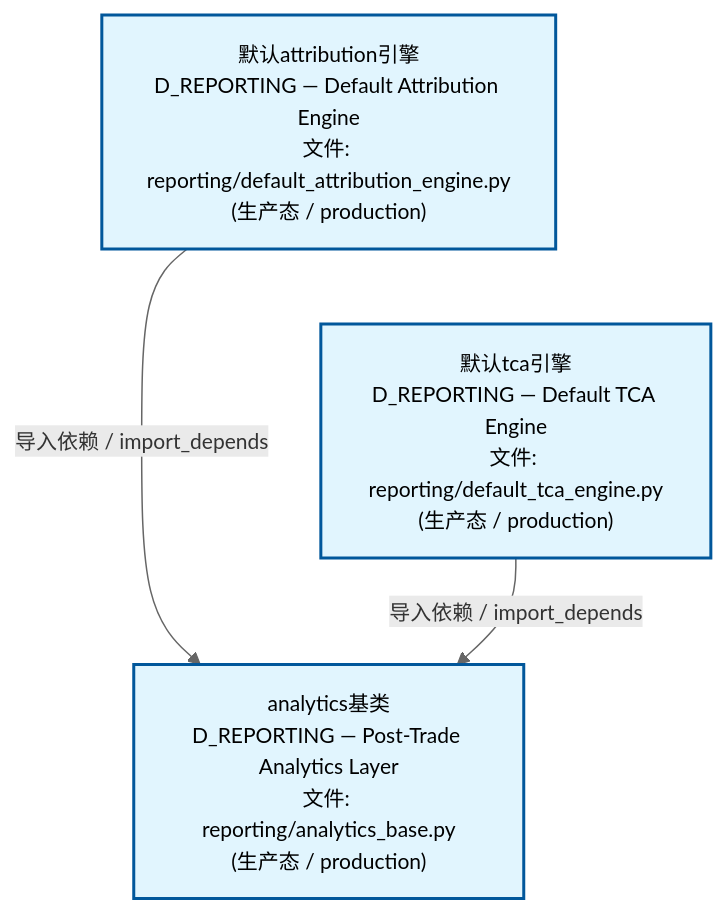
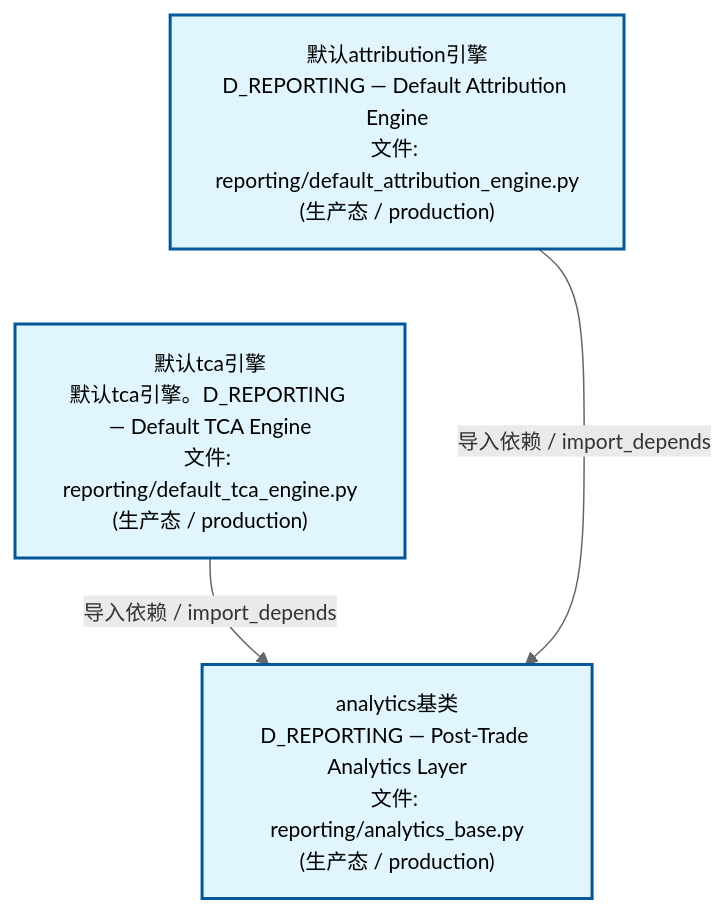
Before and after one commit to xuanFelixVan/ZephyrAlpha: the second of 4 diagrams in docs/02_enterprise_architecture/02_domain_architecture_docs/26_d_reporting.md, drawn with Mermaid. The commit also changed other lines of this file and 61 other files, not shown here.

````diff
--- a/docs/02_enterprise_architecture/02_domain_architecture_docs/26_d_reporting.md
+++ b/docs/02_enterprise_architecture/02_domain_architecture_docs/26_d_reporting.md
@@ -117,15 +117,15 @@
 ```mermaid
 %%{init: {'theme': 'base', 'themeVariables': {'primaryColor': '#eaeaea', 'primaryTextColor': '#333333', 'primaryBorderColor': '#666666', 'lineColor': '#666666', 'secondaryColor': '#eaeaea', 'tertiaryColor': '#eaeaea', 'fontSize': '14px'}}}%%
 flowchart TD
     src_zephyr_reporting_default_attribution_engine_py["默认attribution引擎<br/>D_REPORTING — Default Attribution Engine<br/>文件: reporting/default_attribution_engine.py<br/>(生产态 / production)"]
-    src_zephyr_reporting_default_tca_engine_py["默认tca引擎<br/>D_REPORTING — Default TCA Engine<br/>文件: reporting/default_tca_engine.py<br/>(生产态 / production)"]
+    src_zephyr_reporting_default_tca_engine_py["默认tca引擎<br/>默认tca引擎。D_REPORTING — Default TCA Engine<br/>文件: reporting/default_tca_engine.py<br/>(生产态 / production)"]
     src_zephyr_reporting_default_attribution_engine_py ~~~ src_zephyr_reporting_default_tca_engine_py
     src_zephyr_reporting_analytics_base_py["analytics基类<br/>D_REPORTING — Post-Trade Analytics Layer<br/>文件: reporting/analytics_base.py<br/>(生产态 / production)"]
+    src_zephyr_reporting_default_tca_engine_py -->|导入依赖 / import_depends| src_zephyr_reporting_analytics_base_py
     src_zephyr_reporting_default_attribution_engine_py -->|导入依赖 / import_depends| src_zephyr_reporting_analytics_base_py
-    src_zephyr_reporting_default_tca_engine_py -->|导入依赖 / import_depends| src_zephyr_reporting_analytics_base_py
     classDef production fill:#e1f5fe,stroke:#01579b,stroke-width:2px,color:#000
     classDef design fill:#fff3e0,stroke:#e65100,stroke-width:2px,color:#000,stroke-dasharray: 5 5
     classDef external_prod fill:#e8f4fd,stroke:#0277bd,stroke-width:1px,color:#000
     classDef external_design fill:#fff8e7,stroke:#ef6c00,stroke-width:1px,color:#000,stroke-dasharray: 5 5
     class src_zephyr_reporting_analytics_base_py,src_zephyr_reporting_default_attribution_engine_py,src_zephyr_reporting_default_tca_engine_py production
 ```
````
